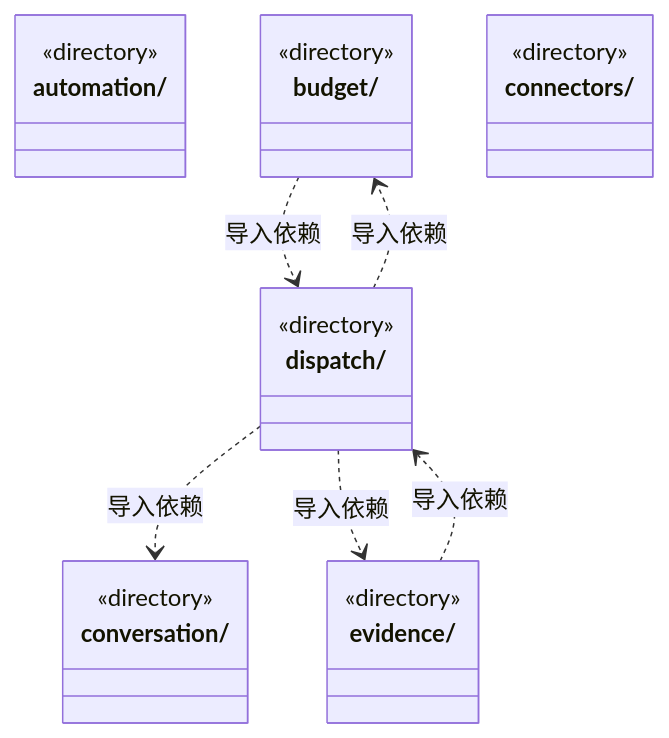
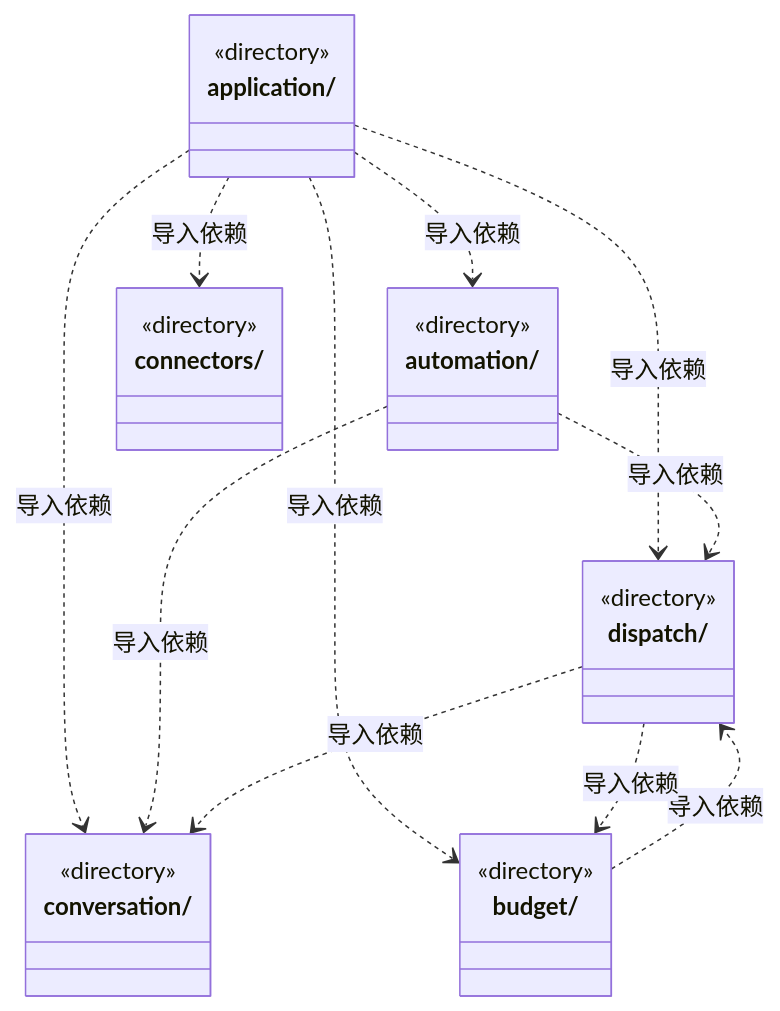
Before and after one commit to nan023062/cbim: the first of 4 diagrams in src/logic/ARCHITECTURE.md, drawn with Mermaid. The commit also changed other lines of this file and 657 other files, not shown here.

````diff
--- a/src/logic/ARCHITECTURE.md
+++ b/src/logic/ARCHITECTURE.md
@@ -15,26 +15,31 @@
 ```mermaid
 classDiagram
+class N_src_logic_application["application/"] {
+  <<directory>>
+}
 class N_src_logic_automation["automation/"] {
   <<directory>>
 }
 class N_src_logic_budget["budget/"] {
   <<directory>>
 }
 class N_src_logic_connectors["connectors/"] {
   <<directory>>
 }
 class N_src_logic_conversation["conversation/"] {
   <<directory>>
 }
 class N_src_logic_dispatch["dispatch/"] {
   <<directory>>
 }
-class N_src_logic_evidence["evidence/"] {
-  <<directory>>
-}
+N_src_logic_application ..> N_src_logic_automation : 导入依赖
+N_src_logic_application ..> N_src_logic_budget : 导入依赖
+N_src_logic_application ..> N_src_logic_dispatch : 导入依赖
+N_src_logic_application ..> N_src_logic_conversation : 导入依赖
+N_src_logic_application ..> N_src_logic_connectors : 导入依赖
+N_src_logic_automation ..> N_src_logic_conversation : 导入依赖
+N_src_logic_automation ..> N_src_logic_dispatch : 导入依赖
 N_src_logic_budget ..> N_src_logic_dispatch : 导入依赖
 N_src_logic_dispatch ..> N_src_logic_budget : 导入依赖
 N_src_logic_dispatch ..> N_src_logic_conversation : 导入依赖
-N_src_logic_dispatch ..> N_src_logic_evidence : 导入依赖
-N_src_logic_evidence ..> N_src_logic_dispatch : 导入依赖
 ```
````
